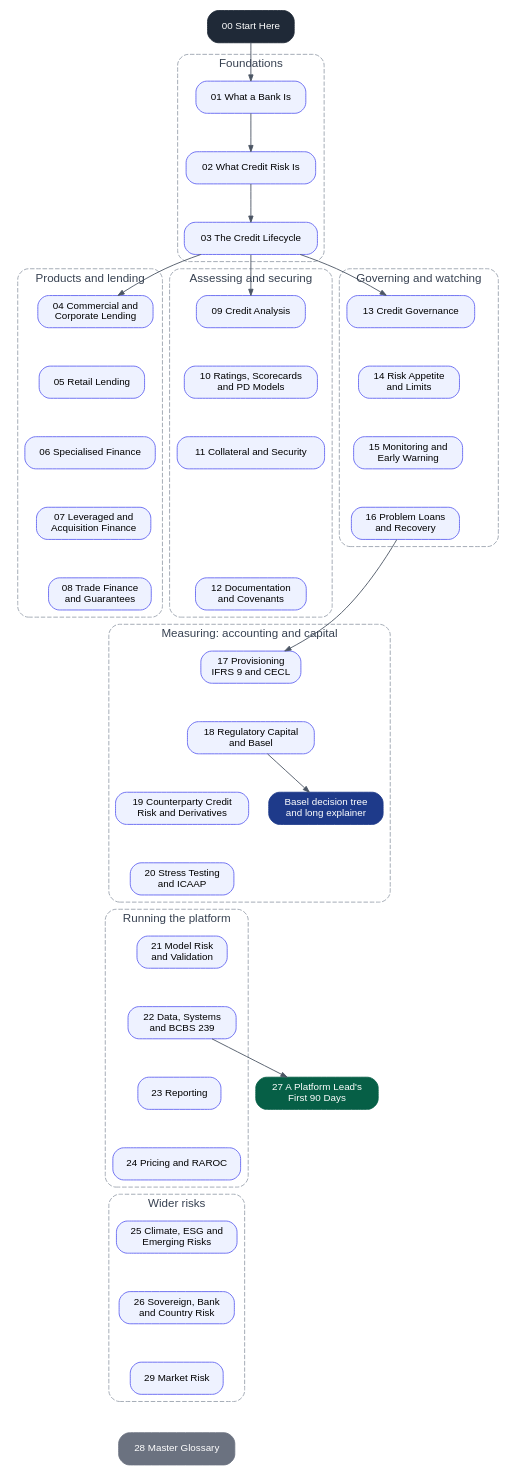
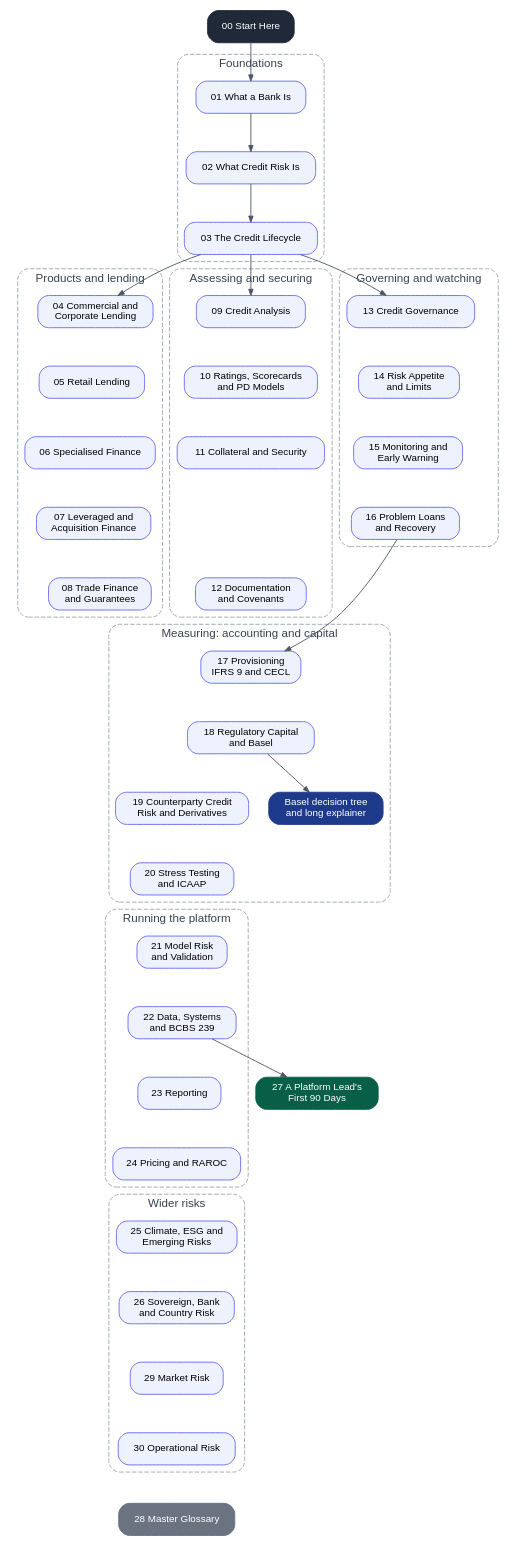
The diagram in docs/credit-risk-bible/diagrams/00-vault-map.dot (datamitguy/AI-explaiers), drawn with Graphviz before and after one commit. The commit also changed 19 other files, not shown here.

First line of the commit message:
Add note 30 Operational Risk and wire it into the vault

```diff
--- a/docs/credit-risk-bible/diagrams/00-vault-map.dot
+++ b/docs/credit-risk-bible/diagrams/00-vault-map.dot
@@ -1,51 +1,51 @@
 digraph VaultMap {
   graph [rankdir=TB, splines=true, nodesep=0.3, ranksep=0.6, fontname="Helvetica", fontsize=13, bgcolor="white", newrank=true];
   node  [shape=box, style="rounded,filled", fillcolor="#eef2ff", color="#6366f1", fontname="Helvetica", fontsize=11, margin="0.15,0.08"];
   edge  [color="#4b5563", arrowsize=0.7];
 
   Start [label="00 Start Here", fillcolor="#1f2937", fontcolor="white", color="#1f2937"];
 
   subgraph cluster_a { label="Foundations"; style="rounded,dashed"; color="#9ca3af"; fontcolor="#374151";
     N01 [label="01 What a Bank Is"]; N02 [label="02 What Credit Risk Is"]; N03 [label="03 The Credit Lifecycle"];
   }
   subgraph cluster_b { label="Products and lending"; style="rounded,dashed"; color="#9ca3af"; fontcolor="#374151";
     N04 [label="04 Commercial and\nCorporate Lending"]; N05 [label="05 Retail Lending"];
     N06 [label="06 Specialised Finance"]; N07 [label="07 Leveraged and\nAcquisition Finance"]; N08 [label="08 Trade Finance\nand Guarantees"];
   }
   subgraph cluster_c { label="Assessing and securing"; style="rounded,dashed"; color="#9ca3af"; fontcolor="#374151";
     N09 [label="09 Credit Analysis"]; N10 [label="10 Ratings, Scorecards\nand PD Models"];
     N11 [label="11 Collateral and Security"]; N12 [label="12 Documentation\nand Covenants"];
   }
   subgraph cluster_d { label="Governing and watching"; style="rounded,dashed"; color="#9ca3af"; fontcolor="#374151";
     N13 [label="13 Credit Governance"]; N14 [label="14 Risk Appetite\nand Limits"];
     N15 [label="15 Monitoring and\nEarly Warning"]; N16 [label="16 Problem Loans\nand Recovery"];
   }
   subgraph cluster_e { label="Measuring: accounting and capital"; style="rounded,dashed"; color="#9ca3af"; fontcolor="#374151";
     N17 [label="17 Provisioning\nIFRS 9 and CECL"]; N18 [label="18 Regulatory Capital\nand Basel"];
     N19 [label="19 Counterparty Credit\nRisk and Derivatives"]; N20 [label="20 Stress Testing\nand ICAAP"];
     Basel [label="Basel decision tree\nand long explainer", fillcolor="#1e3a8a", fontcolor="white", color="#1e3a8a"];
   }
   subgraph cluster_f { label="Running the platform"; style="rounded,dashed"; color="#9ca3af"; fontcolor="#374151";
     N21 [label="21 Model Risk\nand Validation"]; N22 [label="22 Data, Systems\nand BCBS 239"];
     N23 [label="23 Reporting"]; N24 [label="24 Pricing and RAROC"];
   }
   subgraph cluster_g { label="Wider risks"; style="rounded,dashed"; color="#9ca3af"; fontcolor="#374151";
-    N25 [label="25 Climate, ESG and\nEmerging Risks"]; N26 [label="26 Sovereign, Bank\nand Country Risk"]; N29 [label="29 Market Risk"];
+    N25 [label="25 Climate, ESG and\nEmerging Risks"]; N26 [label="26 Sovereign, Bank\nand Country Risk"]; N29 [label="29 Market Risk"]; N30 [label="30 Operational Risk"];
   }
   N27 [label="27 A Platform Lead's\nFirst 90 Days", fillcolor="#065f46", fontcolor="white", color="#065f46"];
   N28 [label="28 Master Glossary", fillcolor="#6b7280", fontcolor="white", color="#6b7280"];
 
   Start -> N01 -> N02 -> N03;
   N03 -> N04; N03 -> N09; N03 -> N13;
   N04 -> N05 -> N06 -> N07 -> N08 [style=invis];
   N09 -> N10 -> N11 -> N12 [style=invis];
   N13 -> N14 -> N15 -> N16 [style=invis];
   N08 -> N17 [style=invis]; N12 -> N17 [style=invis]; N16 -> N17;
   N17 -> N18 -> N19 -> N20 [style=invis];
   N18 -> Basel;
   N20 -> N21 [style=invis];
   N21 -> N22 -> N23 -> N24 [style=invis];
-  N24 -> N25 -> N26 -> N29 [style=invis];
+  N24 -> N25 -> N26 -> N29 -> N30 [style=invis];
   N22 -> N27;
-  N29 -> N28 [style=invis];
+  N30 -> N28 [style=invis];
 }
```
